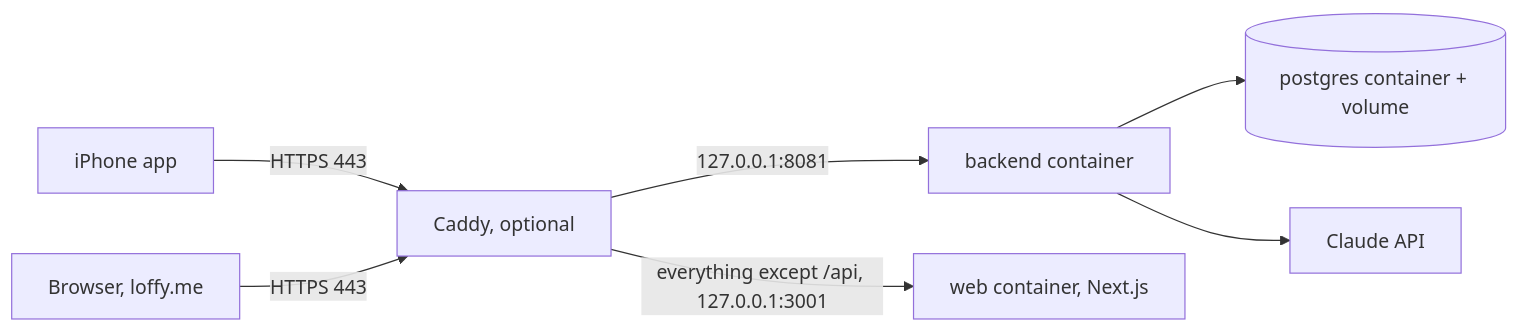
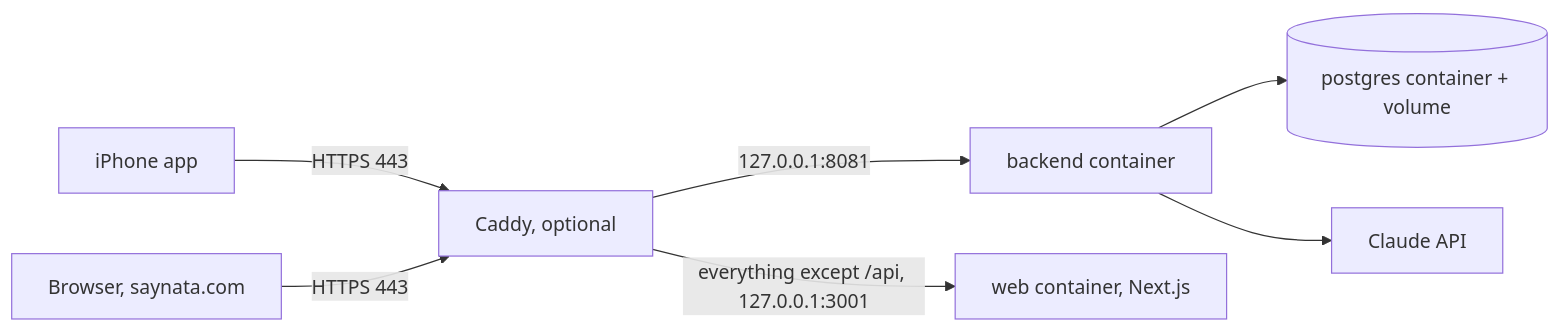
The first of 2 diagrams in backlog/docs/guides/doc-11 - Deploy-to-a-VPS.md (tranphuocloc070699/saynata), drawn with Mermaid before and after one commit. The commit also changed other lines of this file and 50 other files, not shown here.

Commit message:
TASK-104: switch the code from loffy.me to saynata.com

````diff
--- a/backlog/docs/guides/doc-11 - Deploy-to-a-VPS.md
+++ b/backlog/docs/guides/doc-11 - Deploy-to-a-VPS.md
@@ -21,9 +21,9 @@
 ```mermaid
 flowchart LR
     APP[iPhone app] -->|HTTPS 443| CADDY[Caddy, optional]
     CADDY -->|127.0.0.1:8081| BE[backend container]
-    BROWSER[Browser, loffy.me] -->|HTTPS 443| CADDY
+    BROWSER[Browser, saynata.com] -->|HTTPS 443| CADDY
     CADDY -->|"everything except /api, 127.0.0.1:3001"| WEB[web container, Next.js]
     BE --> PG[(postgres container + volume)]
     BE --> CL[Claude API]
 ```
````
